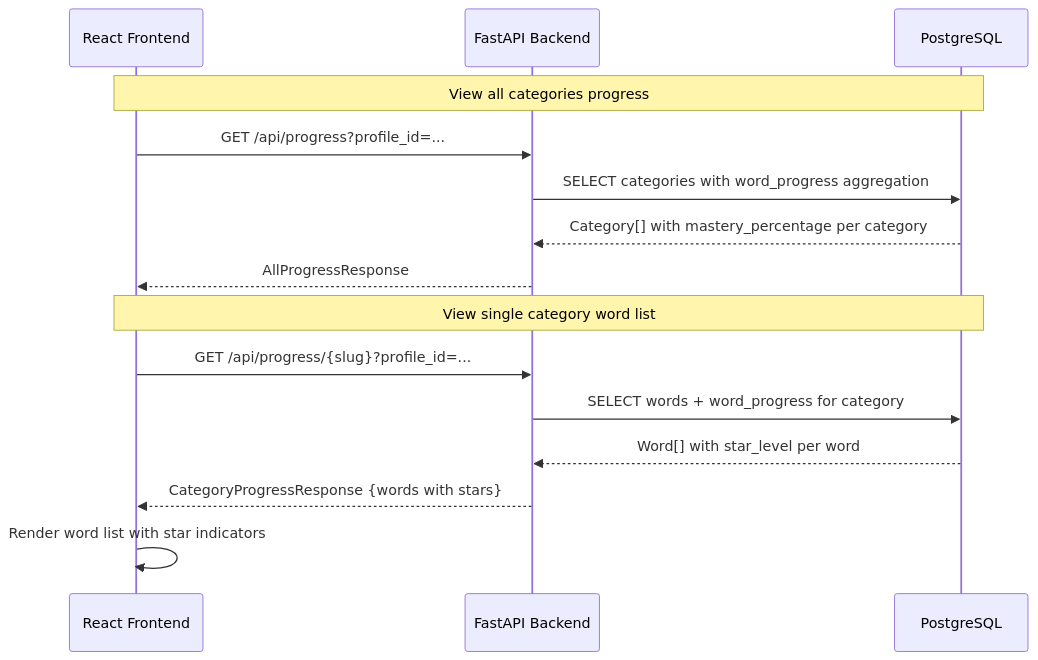
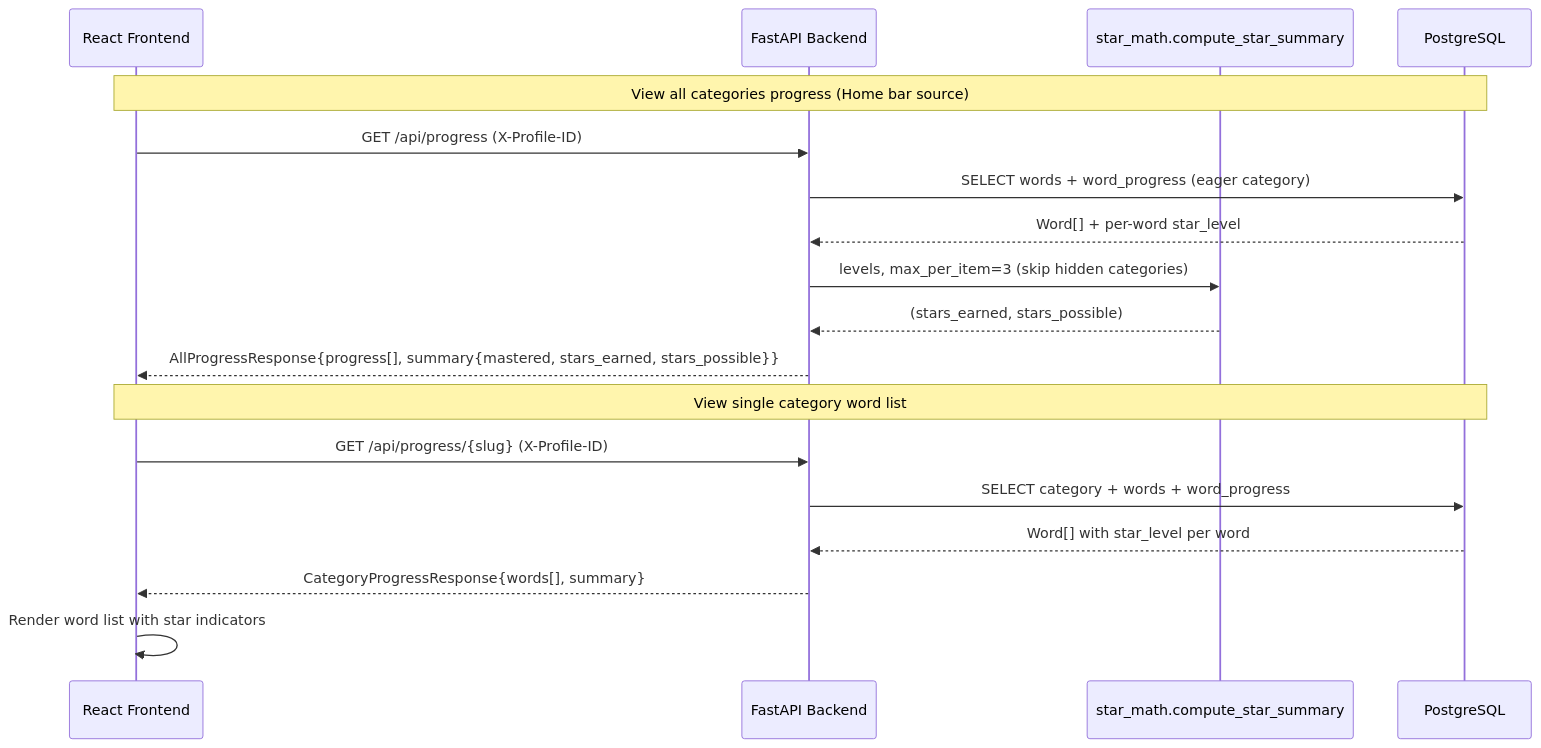
One commit to finish06/kids-words changed the fourth of 7 diagrams in docs/sequence-diagram.md. Above: the diagram before and after it, drawn with Mermaid. The commit also changed other lines of this file and 20 other files, not shown here.

First line of the commit message:
feat: game-progress-bar Phase 1 backend (stars_earned + stars_possible) (#24)

````diff
--- a/docs/sequence-diagram.md
+++ b/docs/sequence-diagram.md
@@ -139,19 +140,22 @@
 ```mermaid
 sequenceDiagram
     participant React as React Frontend
     participant API as FastAPI Backend
+    participant Star as star_math.compute_star_summary
     participant DB as PostgreSQL
 
-    Note over React, DB: View all categories progress
-    React->>API: GET /api/progress?profile_id=...
-    API->>DB: SELECT categories with word_progress aggregation
-    DB-->>API: Category[] with mastery_percentage per category
-    API-->>React: AllProgressResponse
+    Note over React, DB: View all categories progress (Home bar source)
+    React->>API: GET /api/progress (X-Profile-ID)
+    API->>DB: SELECT words + word_progress (eager category)
+    DB-->>API: Word[] + per-word star_level
+    API->>Star: levels, max_per_item=3 (skip hidden categories)
+    Star-->>API: (stars_earned, stars_possible)
+    API-->>React: AllProgressResponse{progress[], summary{mastered, stars_earned, stars_possible}}
 
     Note over React, DB: View single category word list
-    React->>API: GET /api/progress/{slug}?profile_id=...
-    API->>DB: SELECT words + word_progress for category
+    React->>API: GET /api/progress/{slug} (X-Profile-ID)
+    API->>DB: SELECT category + words + word_progress
     DB-->>API: Word[] with star_level per word
-    API-->>React: CategoryProgressResponse {words with stars}
+    API-->>React: CategoryProgressResponse{words[], summary}
     React->>React: Render word list with star indicators
 ```
````
